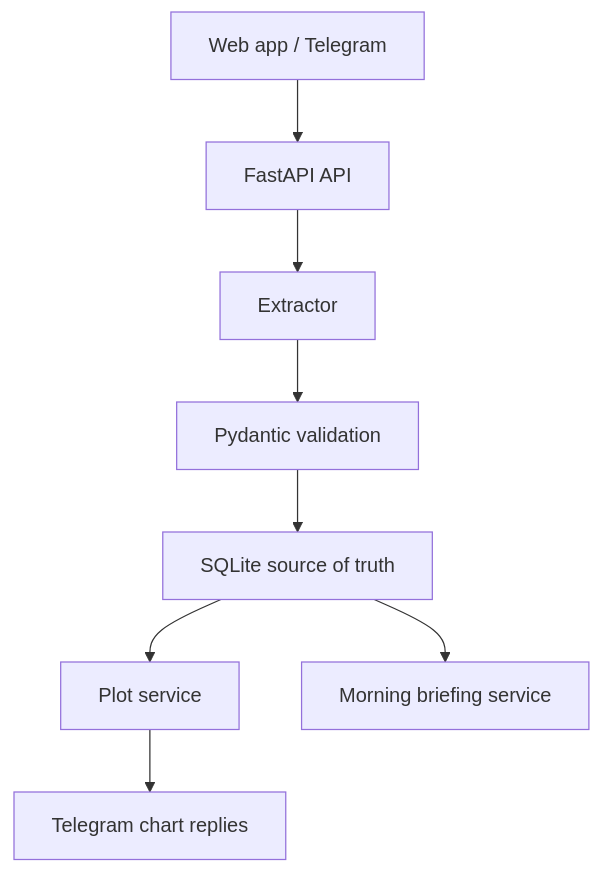
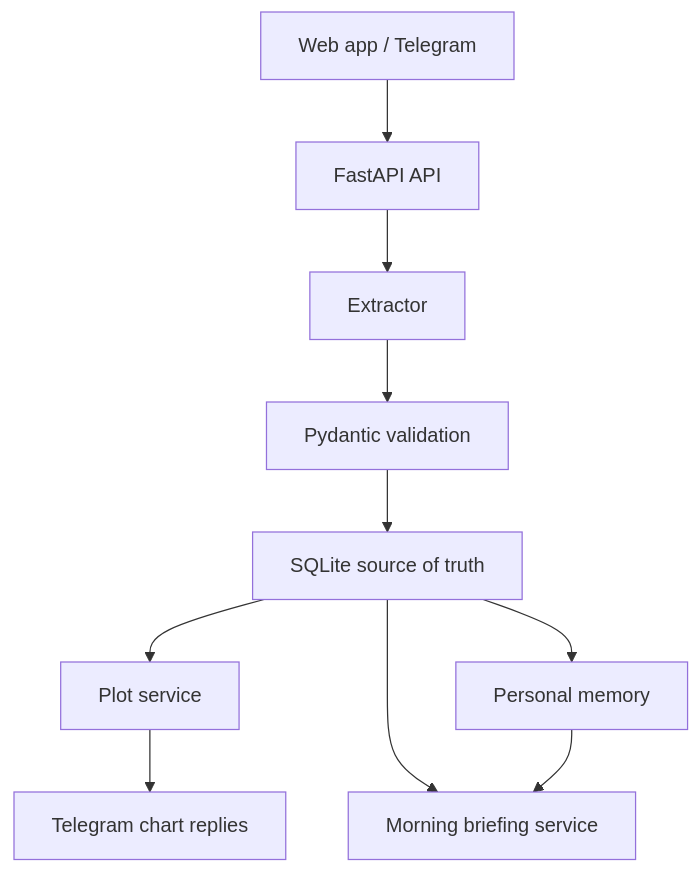
One commit to davidwardan/life-os changed the diagram in README.md. Above: the diagram before and after it, drawn with Mermaid. The commit also changed other lines of this file and 12 other files, not shown here.

Commit message:
Add phase six personal memory

````diff
--- a/README.md
+++ b/README.md
@@ -52,10 +53,12 @@
 ```mermaid
 flowchart TD
     A["Web app / Telegram"] --> B["FastAPI API"]
     B --> C["Extractor"]
     C --> D["Pydantic validation"]
     D --> E["SQLite source of truth"]
     E --> F["Plot service"]
     E --> G["Morning briefing service"]
+    E --> I["Personal memory"]
     F --> H["Telegram chart replies"]
+    I --> G
 ```
````
